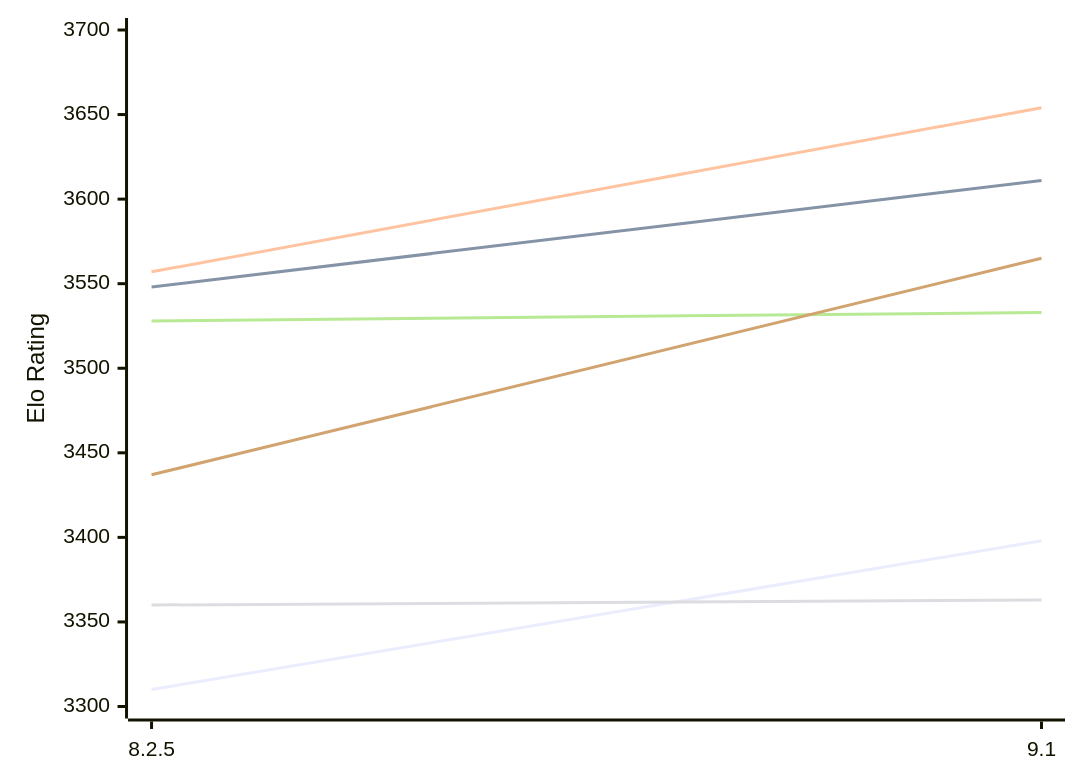
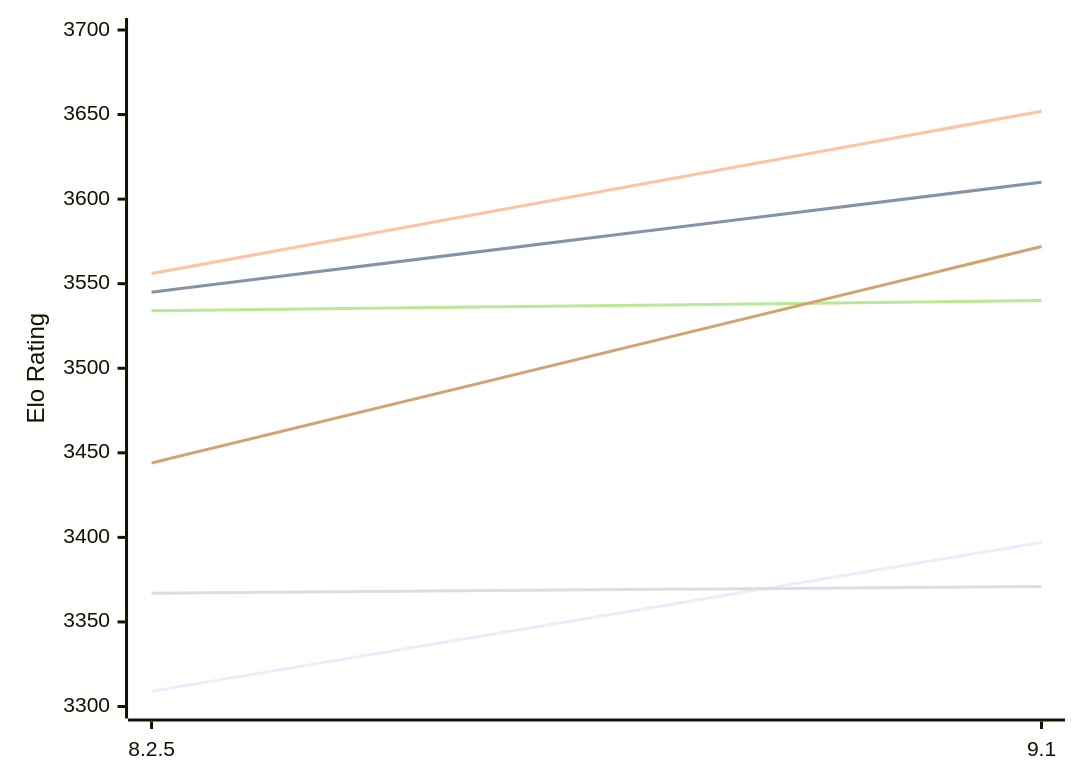
The first of 2 diagrams in engines/Clover.md (computer-chess-index/cci), drawn with Mermaid before and after one commit. The commit also changed other lines of this file, not shown here.

Commit message:
Update CCI Ratings (ELO VLTC) - 2026-11-23

````diff
--- a/engines/Clover.md
+++ b/engines/Clover.md
@@ -52,12 +52,12 @@
 ```mermaid
 %%{init: {"theme":"base","themeVariables":{"seriesColors:['#a3a3a3','#222221','#faa371']}}}%%
 xychart-beta
   x-axis ["8.2.5", "9.1"]
   y-axis "Elo Rating" 3300 --> 3700
-  line "E1: STC (8.0+0.08s)" [3310, 3398]
-  line "E1: LTC (60.0+0.60s)" [3548, 3611]
-  line "E1: VLTC (2m24s+1.12s)" [3557, 3654]
-  line "P1: STC (8.0+0.08s)" [3360, 3363]
-  line "P1: LTC (60.0+0.60s)" [3528, 3533]
-  line "P1: VLTC (2m24s+1.12s)" [3437, 3565]
+  line "E1: STC (8.0+0.08s)" [3309, 3397]
+  line "E1: LTC (60.0+0.60s)" [3545, 3610]
+  line "E1: VLTC (2m24s+1.12s)" [3556, 3652]
+  line "P1: STC (8.0+0.08s)" [3367, 3371]
+  line "P1: LTC (60.0+0.60s)" [3534, 3540]
+  line "P1: VLTC (2m24s+1.12s)" [3444, 3572]
 ```
````
